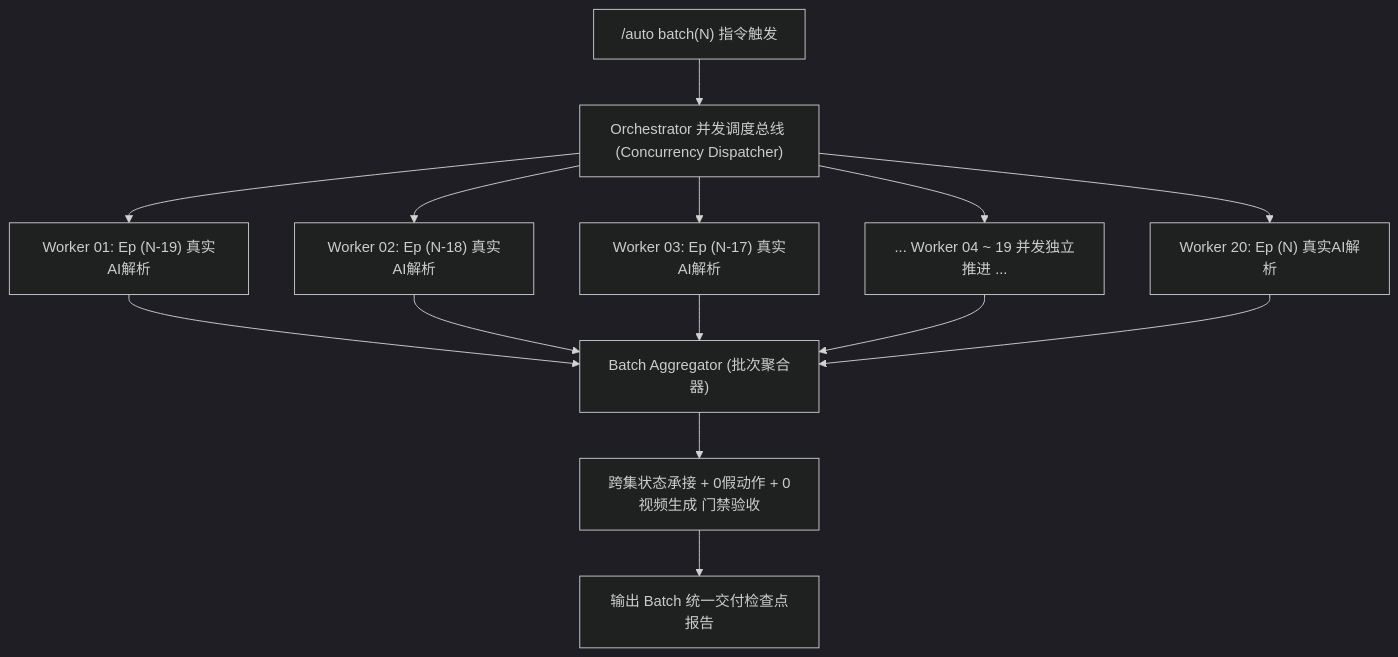
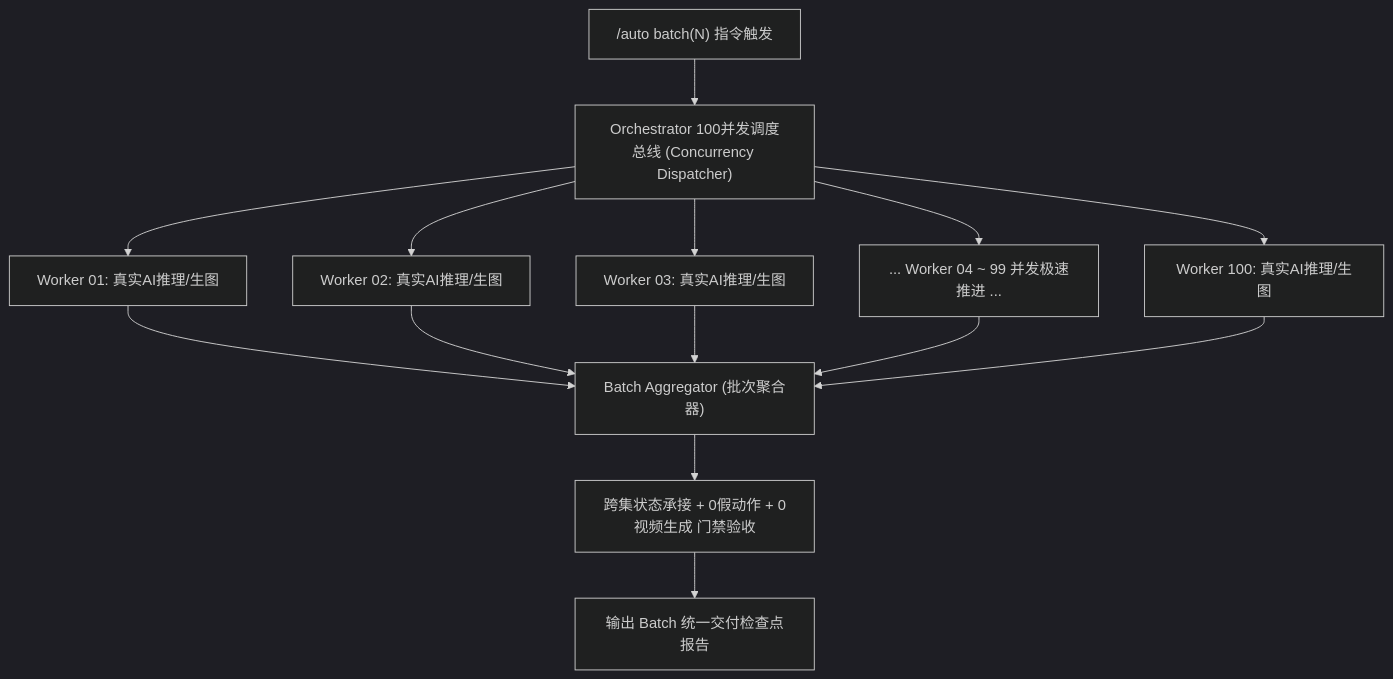
One commit to MrShua1/auto2 changed the second of 2 diagrams in skills/auto/SKILL.md. Above: the diagram before and after it, drawn with Mermaid (dark theme). The commit also changed other lines of this file, not shown here.

Commit message:
feat(auto): upgrade default concurrency to 100

````diff
--- a/skills/auto/SKILL.md
+++ b/skills/auto/SKILL.md
@@ -302,18 +302,18 @@
 ```mermaid
 flowchart TD
-    CMD["/auto batch(N) 指令触发"] --> DISPATCH["Orchestrator 并发调度总线 (Concurrency Dispatcher)"]
-    DISPATCH --> W01["Worker 01: Ep (N-19) 真实AI解析"]
-    DISPATCH --> W02["Worker 02: Ep (N-18) 真实AI解析"]
-    DISPATCH --> W03["Worker 03: Ep (N-17) 真实AI解析"]
-    DISPATCH --> WDOT["... Worker 04 ~ 19 并发独立推进 ..."]
-    DISPATCH --> W20["Worker 20: Ep (N) 真实AI解析"]
+    CMD["/auto batch(N) 指令触发"] --> DISPATCH["Orchestrator 100并发调度总线 (Concurrency Dispatcher)"]
+    DISPATCH --> W01["Worker 01: 真实AI推理/生图"]
+    DISPATCH --> W02["Worker 02: 真实AI推理/生图"]
+    DISPATCH --> W03["Worker 03: 真实AI推理/生图"]
+    DISPATCH --> WDOT["... Worker 04 ~ 99 并发极速推进 ..."]
+    DISPATCH --> W100["Worker 100: 真实AI推理/生图"]
     
     W01 --> AGG["Batch Aggregator (批次聚合器)"]
     W02 --> AGG
     W03 --> AGG
     WDOT --> AGG
-    W20 --> AGG
+    W100 --> AGG
     
     AGG --> GATE["跨集状态承接 + 0假动作 + 0视频生成 门禁验收"]
     GATE --> REPORT["输出 Batch 统一交付检查点报告"]
 ```
````
